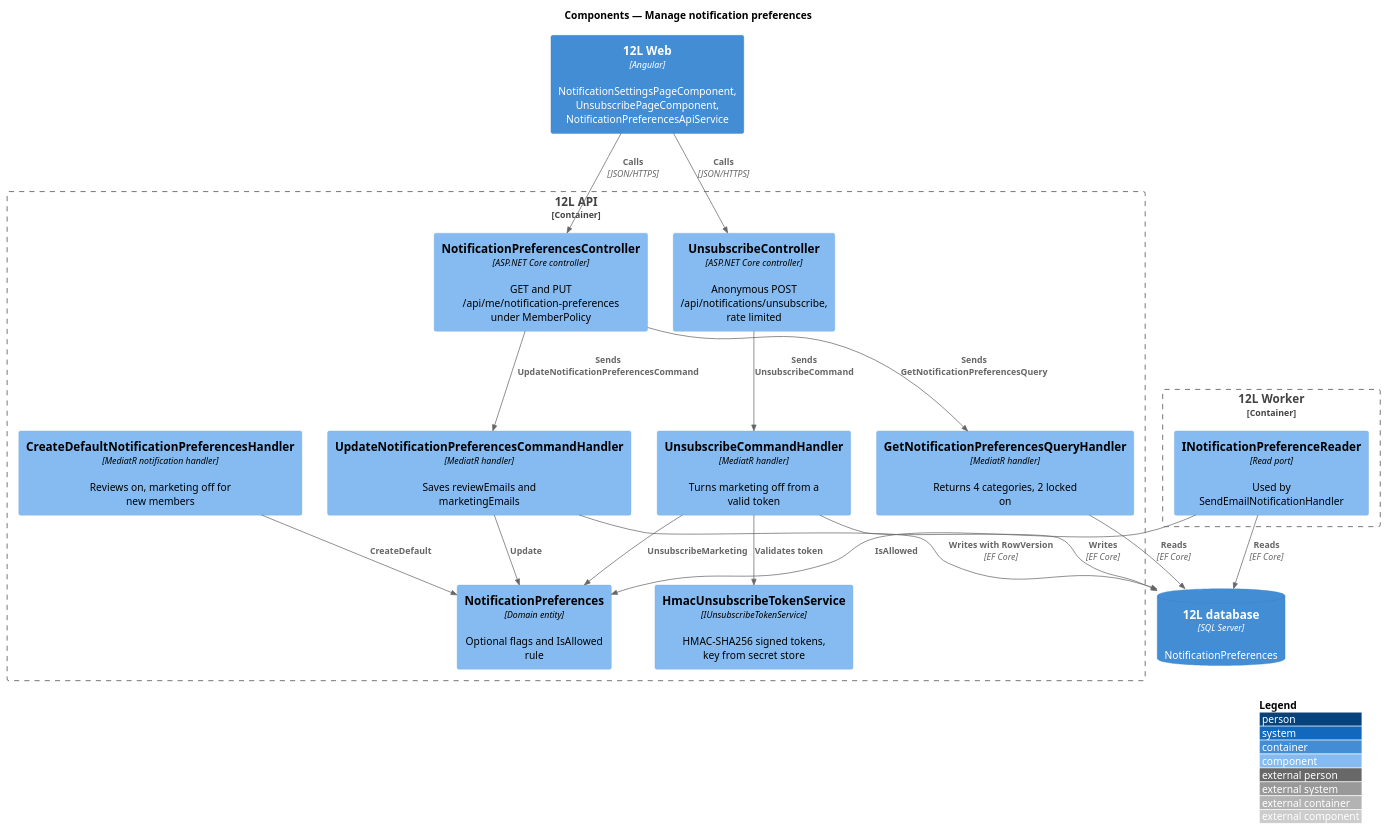
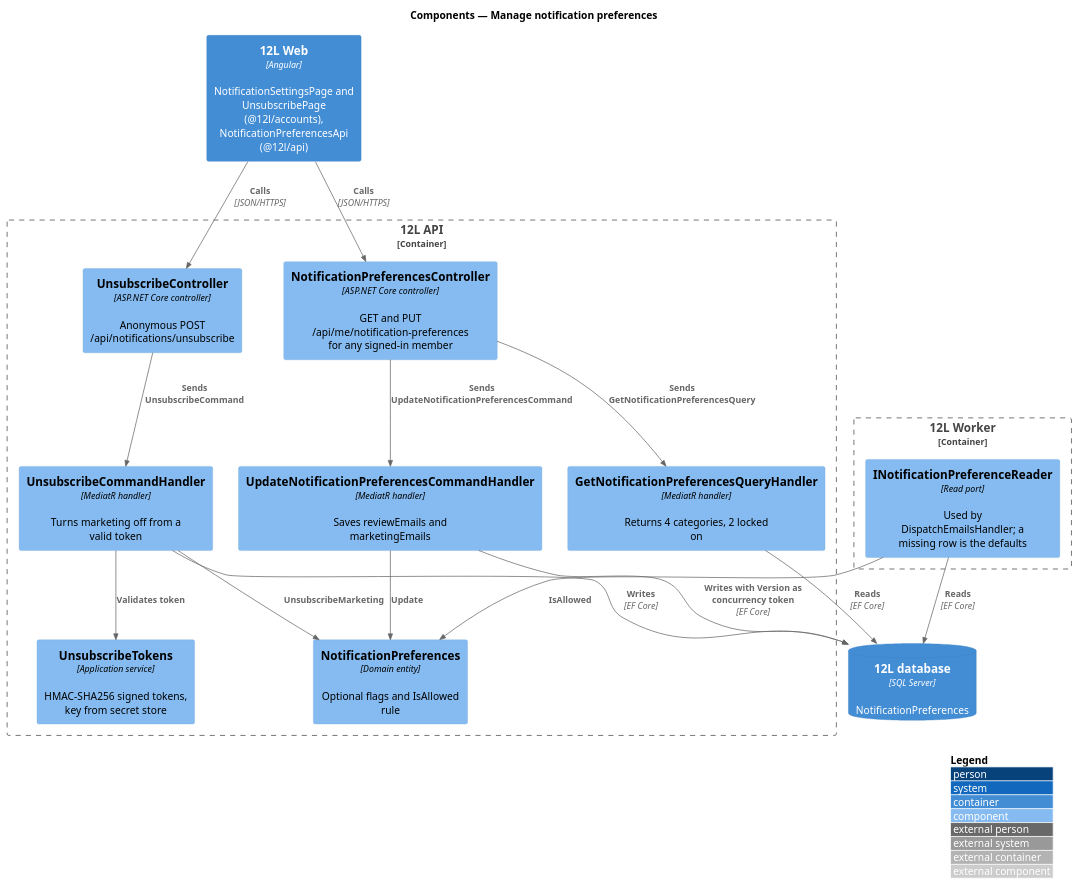
One commit to QuinntyneBrown/12l changed the diagram in docs/detailed-designs/notifications/manage-notification-preferences/diagrams/c4-component.puml. Above: the diagram before and after it, drawn with PlantUML. The commit also changed 72 other files, not shown here.

Commit message:
Document manage-notification-preferences: design, ADR notifications/0002, L2-043, Switch and Toast, composition, estimates

```diff
--- a/docs/detailed-designs/notifications/manage-notification-preferences/diagrams/c4-component.puml
+++ b/docs/detailed-designs/notifications/manage-notification-preferences/diagrams/c4-component.puml
@@ -1,37 +1,35 @@
 @startuml
 !include <C4/C4_Component>
 LAYOUT_WITH_LEGEND()
 title Components — Manage notification preferences
 
-Container(web, "12L Web", "Angular", "NotificationSettingsPageComponent, UnsubscribePageComponent, NotificationPreferencesApiService")
+Container(web, "12L Web", "Angular", "NotificationSettingsPage and UnsubscribePage (@12l/accounts), NotificationPreferencesApi (@12l/api)")
 
 Container_Boundary(api, "12L API") {
-  Component(ctrl, "NotificationPreferencesController", "ASP.NET Core controller", "GET and PUT /api/me/notification-preferences under MemberPolicy")
-  Component(uctrl, "UnsubscribeController", "ASP.NET Core controller", "Anonymous POST /api/notifications/unsubscribe, rate limited")
+  Component(ctrl, "NotificationPreferencesController", "ASP.NET Core controller", "GET and PUT /api/me/notification-preferences for any signed-in member")
+  Component(uctrl, "UnsubscribeController", "ASP.NET Core controller", "Anonymous POST /api/notifications/unsubscribe")
   Component(get, "GetNotificationPreferencesQueryHandler", "MediatR handler", "Returns 4 categories, 2 locked on")
   Component(upd, "UpdateNotificationPreferencesCommandHandler", "MediatR handler", "Saves reviewEmails and marketingEmails")
   Component(unsub, "UnsubscribeCommandHandler", "MediatR handler", "Turns marketing off from a valid token")
-  Component(tokens, "HmacUnsubscribeTokenService", "IUnsubscribeTokenService", "HMAC-SHA256 signed tokens, key from secret store")
-  Component(defaults, "CreateDefaultNotificationPreferencesHandler", "MediatR notification handler", "Reviews on, marketing off for new members")
+  Component(tokens, "UnsubscribeTokens", "Application service", "HMAC-SHA256 signed tokens, key from secret store")
   Component(entity, "NotificationPreferences", "Domain entity", "Optional flags and IsAllowed rule")
 }
 Container_Boundary(worker, "12L Worker") {
-  Component(reader, "INotificationPreferenceReader", "Read port", "Used by SendEmailNotificationHandler")
+  Component(reader, "INotificationPreferenceReader", "Read port", "Used by DispatchEmailsHandler; a missing row is the defaults")
 }
 ContainerDb(db, "12L database", "SQL Server", "NotificationPreferences")
 
 Rel(web, ctrl, "Calls", "JSON/HTTPS")
 Rel(web, uctrl, "Calls", "JSON/HTTPS")
 Rel(ctrl, get, "Sends GetNotificationPreferencesQuery")
 Rel(ctrl, upd, "Sends UpdateNotificationPreferencesCommand")
 Rel(uctrl, unsub, "Sends UnsubscribeCommand")
 Rel(unsub, tokens, "Validates token")
 Rel(upd, entity, "Update")
 Rel(unsub, entity, "UnsubscribeMarketing")
-Rel(defaults, entity, "CreateDefault")
 Rel(reader, entity, "IsAllowed")
 Rel(get, db, "Reads", "EF Core")
-Rel(upd, db, "Writes with RowVersion", "EF Core")
+Rel(upd, db, "Writes with Version as concurrency token", "EF Core")
 Rel(unsub, db, "Writes", "EF Core")
 Rel(reader, db, "Reads", "EF Core")
 @enduml
```
